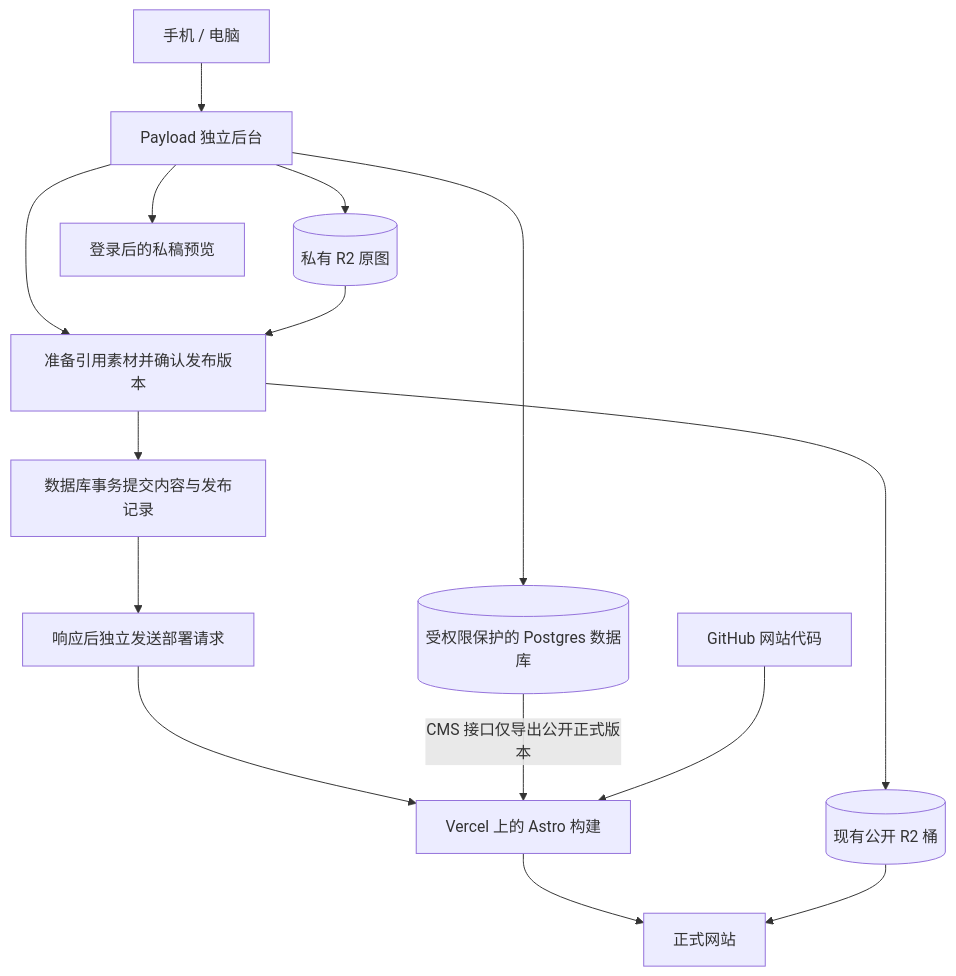
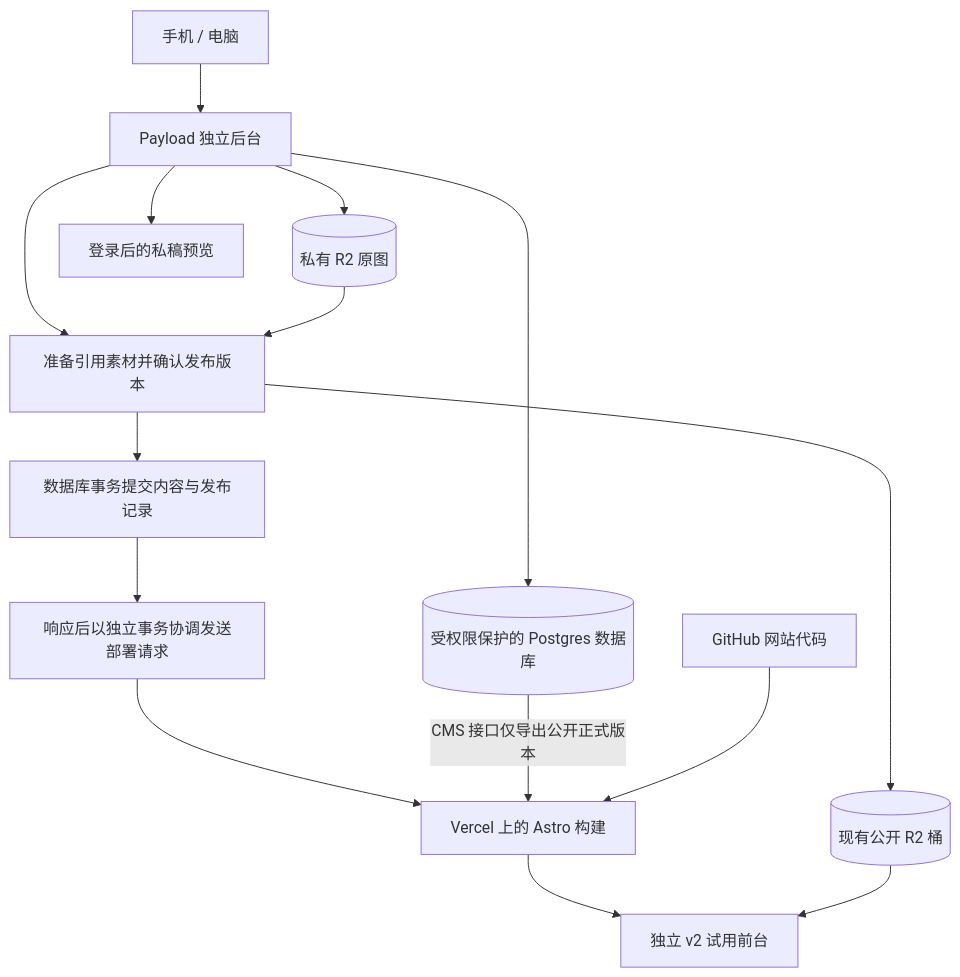
The diagram in cms/README.md (XYR-star/2026-websites-Ricky), drawn with Mermaid before and after one commit. The commit also changed other lines of this file and 2 other files, not shown here.

````diff
--- a/cms/README.md
+++ b/cms/README.md
@@ -45,17 +49,17 @@
 ```mermaid
 flowchart TD
   Editor[手机 / 电脑] --> CMS[Payload 独立后台]
   CMS --> DB[(受权限保护的 Postgres 数据库)]
   CMS --> DraftMedia[(私有 R2 原图)]
   CMS --> Preview[登录后的私稿预览]
   CMS --> Publish[准备引用素材并确认发布版本]
   DraftMedia --> Publish
   Publish --> PublicMedia[(现有公开 R2 桶)]
   Publish --> Commit[数据库事务提交内容与发布记录]
-  Commit --> Dispatch[响应后独立发送部署请求]
+  Commit --> Dispatch[响应后以独立事务协调发送部署请求]
   Dispatch --> Build[Vercel 上的 Astro 构建]
   DB -->|CMS 接口仅导出公开正式版本| Build
   GitHub[GitHub 网站代码] --> Build
-  Build --> Site[正式网站]
+  Build --> Site[独立 v2 试用前台]
   PublicMedia --> Site
 ```
````
